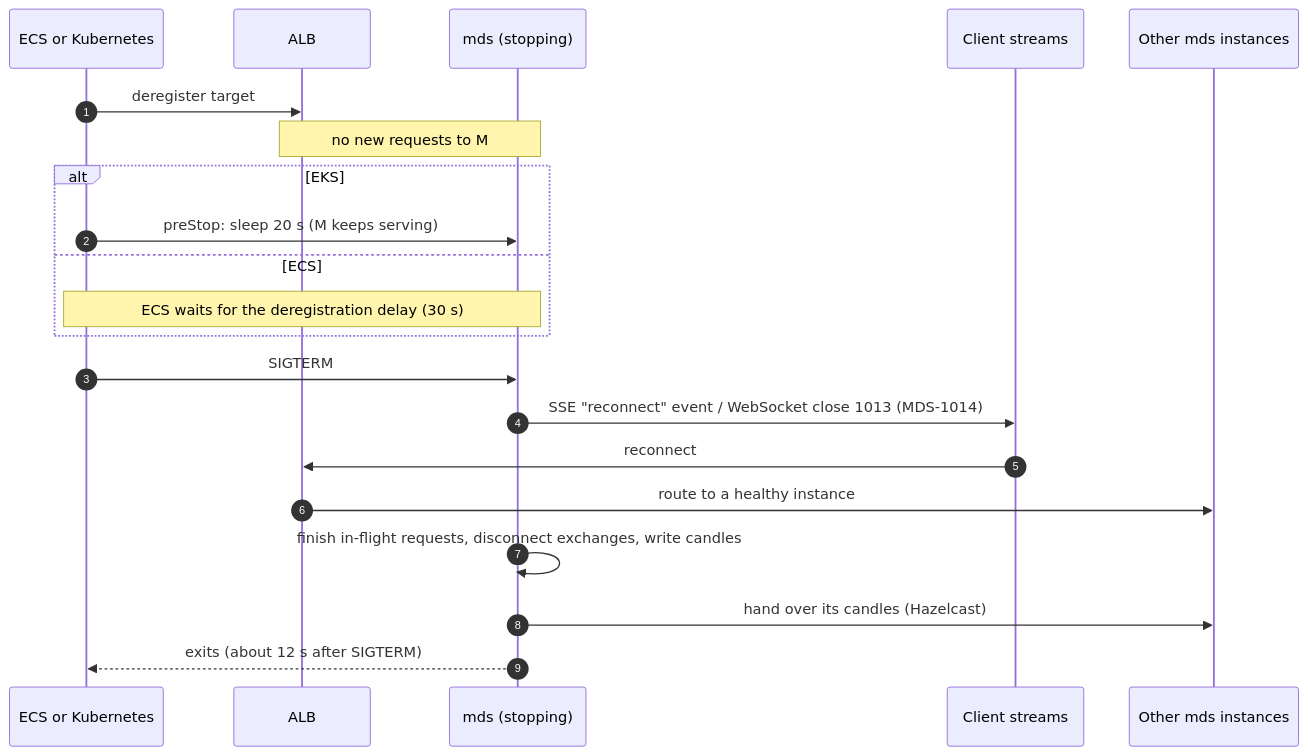
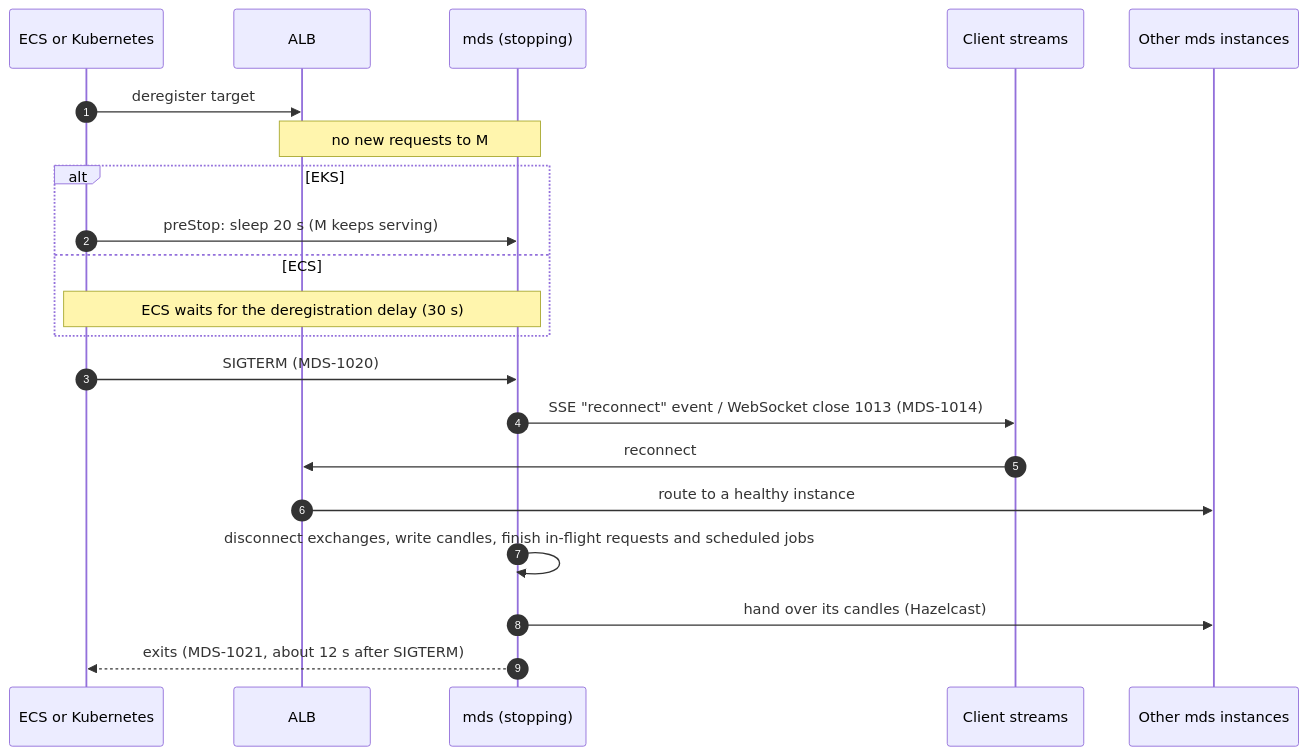
The second of 4 diagrams in docs/deployment.md (scrisini/mds), drawn with Mermaid before and after one commit. The commit also changed other lines of this file and 14 other files, not shown here.

First line of the commit message:
feat(streaming): finish in-flight work and close every resource on SIGTERM

````diff
--- a/docs/deployment.md
+++ b/docs/deployment.md
@@ -240,23 +247,23 @@
 ```mermaid
 sequenceDiagram
     autonumber
     participant O as ECS or Kubernetes
     participant A as ALB
     participant M as mds (stopping)
     participant C as Client streams
     participant R as Other mds instances
     O->>A: deregister target
     Note over A,M: no new requests to M
     alt EKS
         O->>M: preStop: sleep 20 s (M keeps serving)
     else ECS
         Note over O,M: ECS waits for the deregistration delay (30 s)
     end
-    O->>M: SIGTERM
+    O->>M: SIGTERM (MDS-1020)
     M->>C: SSE "reconnect" event / WebSocket close 1013 (MDS-1014)
     C->>A: reconnect
     A->>R: route to a healthy instance
-    M->>M: finish in-flight requests, disconnect exchanges, write candles
+    M->>M: disconnect exchanges, write candles, finish in-flight requests and scheduled jobs
     M->>R: hand over its candles (Hazelcast)
-    M-->>O: exits (about 12 s after SIGTERM)
+    M-->>O: exits (MDS-1021, about 12 s after SIGTERM)
 ```
````
